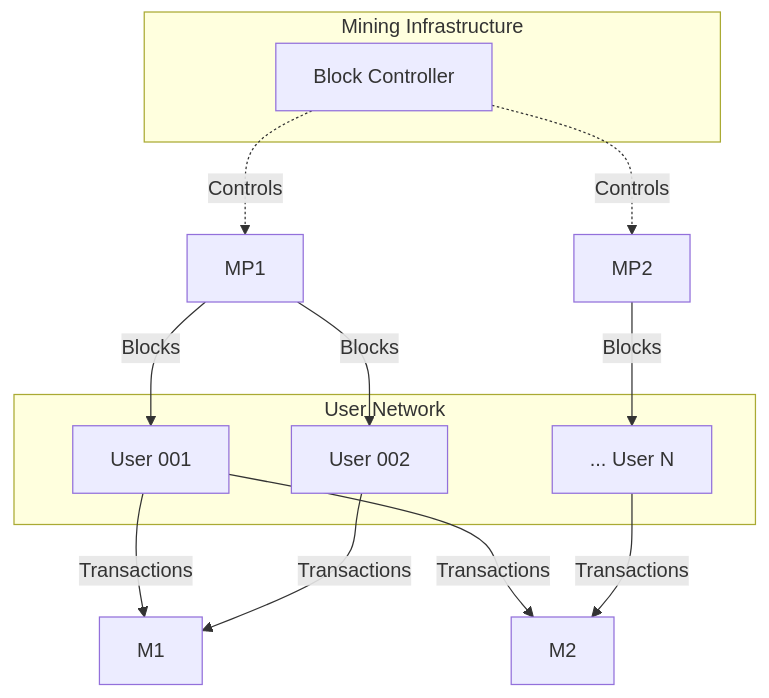
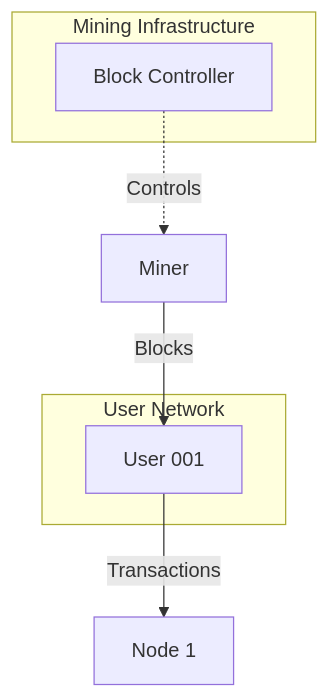
Before and after one commit to Fountain5405/monerosim: the second of 2 diagrams in .kilocode/rules/memory-bank/architecture.md, drawn with Mermaid. The commit also changed other lines of this file and 448 other files, not shown here.

First line of the commit message:
Refactor agent architecture and fix configuration issues

````diff
--- a/.kilocode/rules/memory-bank/architecture.md
+++ b/.kilocode/rules/memory-bank/architecture.md
@@ -163,25 +155,17 @@
 ```mermaid
 graph TD
     subgraph "Mining Infrastructure"
         BC[Block Controller]
     end
-    
+
     subgraph "User Network"
         U1[User 001]
-        U2[User 002]
-        UN[... User N]
     end
-    
-    
-    BC -.->|Controls| MP1
-    BC -.->|Controls| MP2
-    
-    U1 -->|Transactions| M1
-    U1 -->|Transactions| M2
-    U2 -->|Transactions| M1
-    UN -->|Transactions| M2
-    
-    MP1 -->|Blocks| U1
-    MP1 -->|Blocks| U2
-    MP2 -->|Blocks| UN
+
+
+    BC -.->|Controls| M1[Miner]
+
+    U1 -->|Transactions| N1[Node 1]
+
+    M1 -->|Blocks| U1
 ```
````
